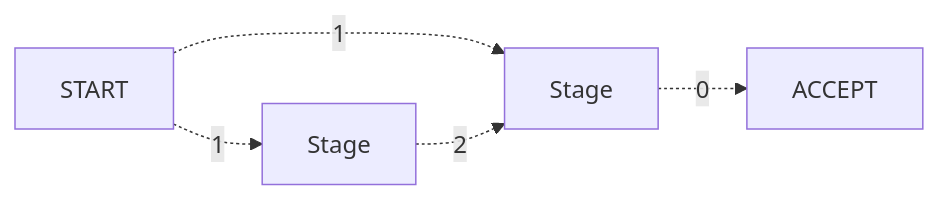
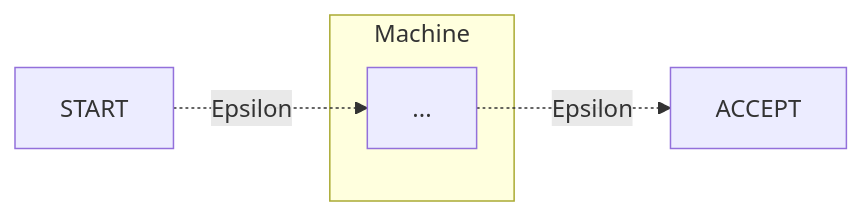
One commit to shuyelin06/Obsidian-Notes changed the second of 6 diagrams in content/Classes/CMSC330/Automata Theory.md. Above: the diagram before and after it, drawn with Mermaid. The commit also changed other lines of this file and 2 other files, not shown here.

````diff
--- a/content/Classes/CMSC330/Automata Theory.md
+++ b/content/Classes/CMSC330/Automata Theory.md
@@ -175,12 +108,12 @@
 ```mermaid
 graph LR
-      s1[START];
-      s2[Stage];
-      s3[Stage];
-      s4[ACCEPT];
+      start[START];
+      accept[ACCEPT];
 
-      s1 -. 1 .-> s2;
-      s1 -. 1 .-> s3;
-      s3 -. 2 .-> s2;
-      s2 -. 0 .-> s4;
+      subgraph Machine
+            node[...]
+      end
+
+      start -. Epsilon .-> node;
+      node -. Epsilon .-> accept;
 ```
````
